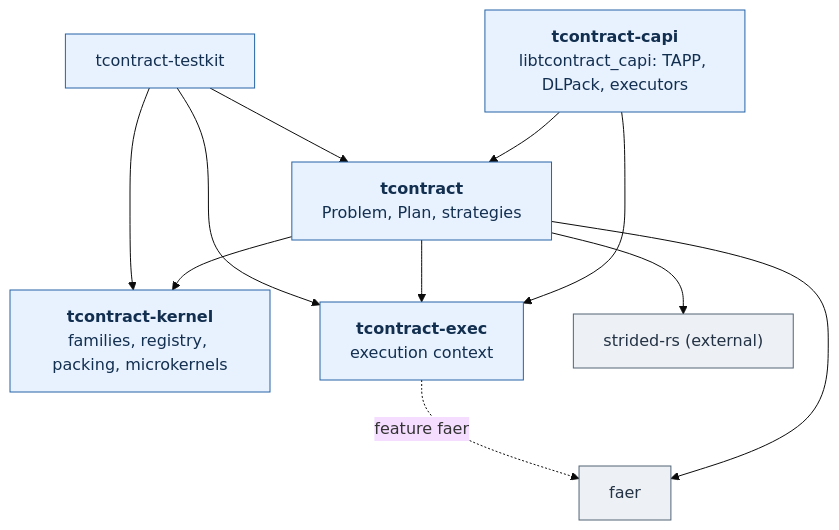
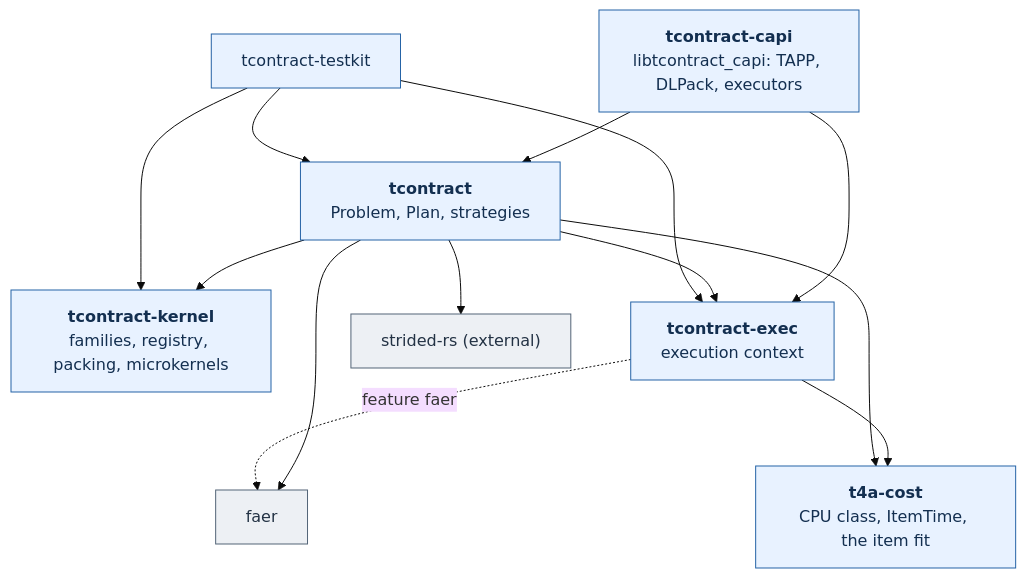
One commit to tensor4all/tcontract-rs changed the diagram in README.md. Above: the diagram before and after it, drawn with Mermaid (base theme). The commit also changed other lines of this file and 21 other files, not shown here.

````diff
--- a/README.md
+++ b/README.md
@@ -48,24 +49,27 @@
 ```mermaid
 flowchart TB
     CAPI["<b>tcontract-capi</b><br/>libtcontract_capi: TAPP, DLPack, executors"]
     CT["<b>tcontract</b><br/>Problem, Plan, strategies"]
     GK["<b>tcontract-kernel</b><br/>families, registry, packing, microkernels"]
     EX["<b>tcontract-exec</b><br/>execution context"]
+    COST["<b>t4a-cost</b><br/>CPU class, ItemTime, the item fit"]
     FA["faer"]
     ST["strided-rs (external)"]
     TK["tcontract-testkit"]
     CAPI --> CT
     CAPI --> EX
     CT --> GK
     CT --> EX
     CT --> FA
     EX -. "feature faer" .-> FA
     CT --> ST
+    EX --> COST
+    CT --> COST
     TK --> CT
     TK --> GK
     TK --> EX
     classDef own fill:#e8f2ff,stroke:#2563a6,color:#132f50
     classDef ext fill:#edf0f4,stroke:#536477,color:#233244
-    class CAPI,CT,GK,EX,TK own
+    class CAPI,CT,GK,EX,TK,COST own
     class FA,ST ext
 ```
````
